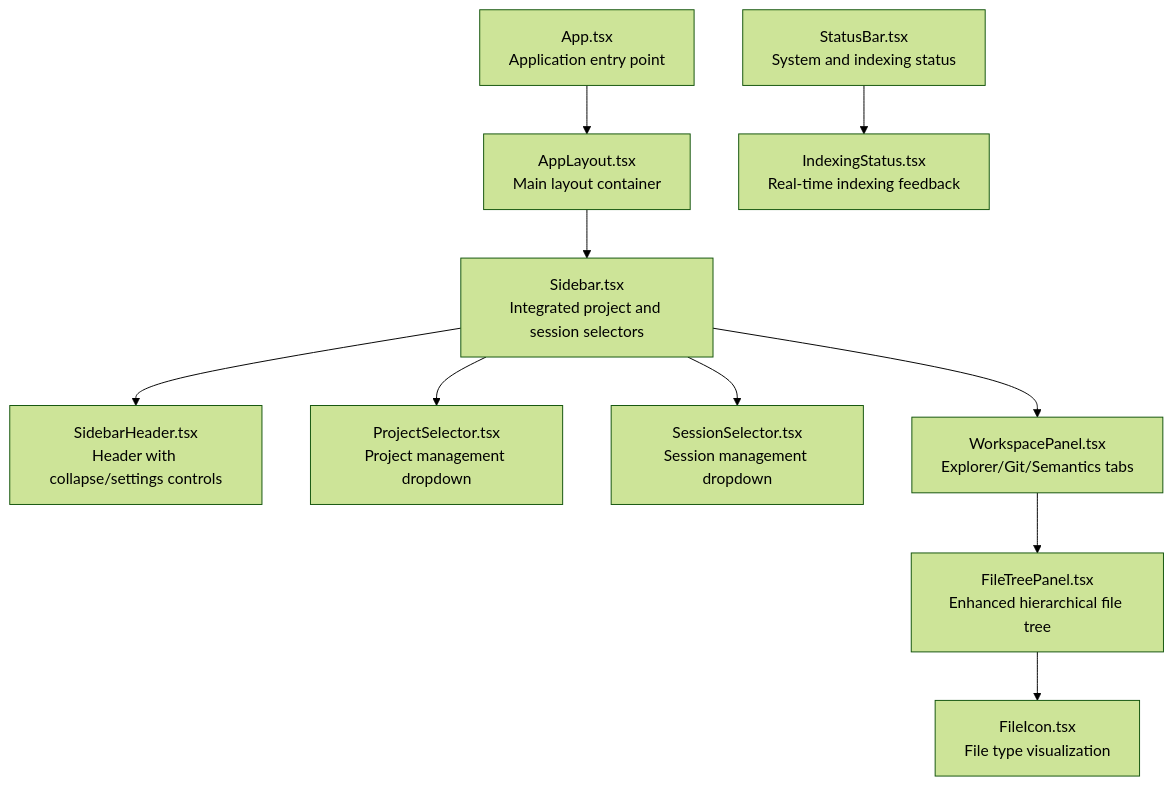
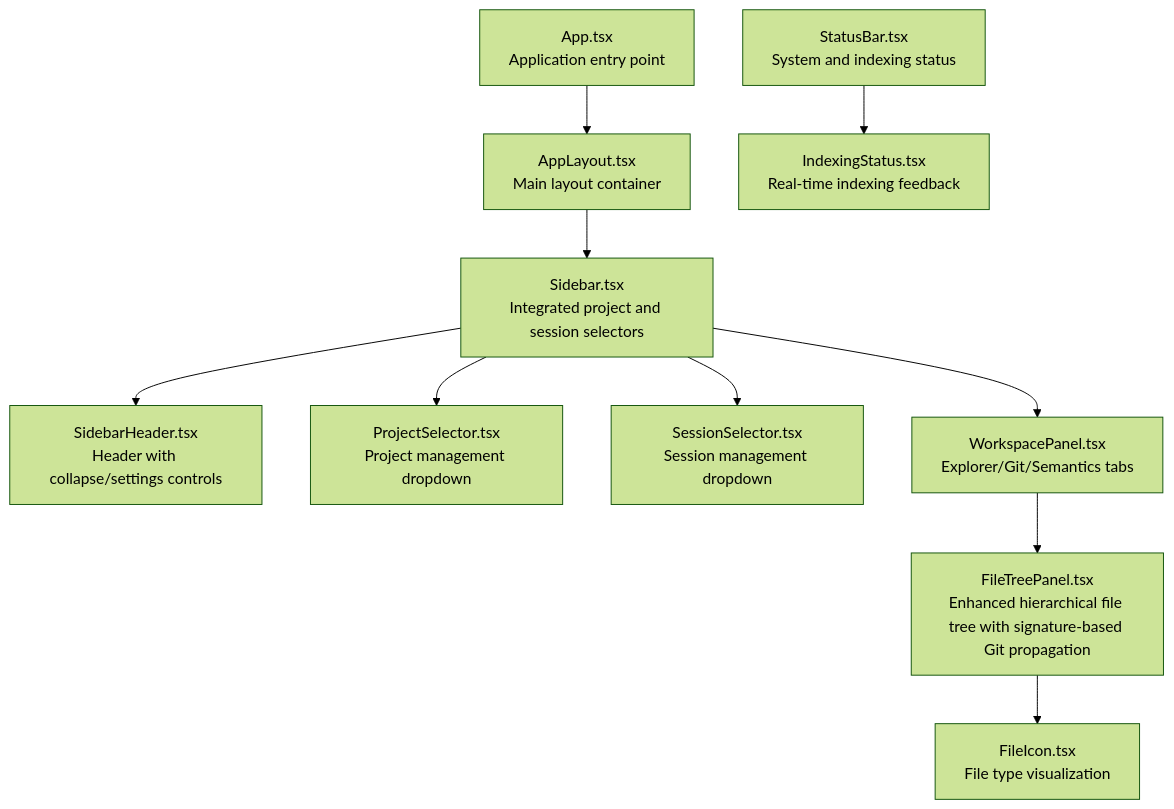
Before and after one commit to v0lka/c0wrk: the first of 8 diagrams in .qoder/repowiki/en/content/Frontend Application/UI Components/Layout and Navigation Components.md, drawn with Mermaid (forest theme). The commit also changed other lines of this file and 5 other files, not shown here.

````diff
--- a/.qoder/repowiki/en/content/Frontend Application/UI Components/Layout and Navigation Components.md
+++ b/.qoder/repowiki/en/content/Frontend Application/UI Components/Layout and Navigation Components.md
@@ -52,12 +53,12 @@
 ```mermaid
 graph TB
 App["App.tsx<br/>Application entry point"] --> AppLayout["AppLayout.tsx<br/>Main layout container"]
 AppLayout --> Sidebar["Sidebar.tsx<br/>Integrated project and session selectors"]
 Sidebar --> SidebarHeader["SidebarHeader.tsx<br/>Header with collapse/settings controls"]
 Sidebar --> ProjectSelector["ProjectSelector.tsx<br/>Project management dropdown"]
 Sidebar --> SessionSelector["SessionSelector.tsx<br/>Session management dropdown"]
 Sidebar --> WorkspacePanel["WorkspacePanel.tsx<br/>Explorer/Git/Semantics tabs"]
-WorkspacePanel --> FileTreePanel["FileTreePanel.tsx<br/>Enhanced hierarchical file tree"]
+WorkspacePanel --> FileTreePanel["FileTreePanel.tsx<br/>Enhanced hierarchical file tree with signature-based Git propagation"]
 FileTreePanel --> FileIcon["FileIcon.tsx<br/>File type visualization"]
 StatusBar["StatusBar.tsx<br/>System and indexing status"] --> IndexingStatus["IndexingStatus.tsx<br/>Real-time indexing feedback"]
 ```
````
